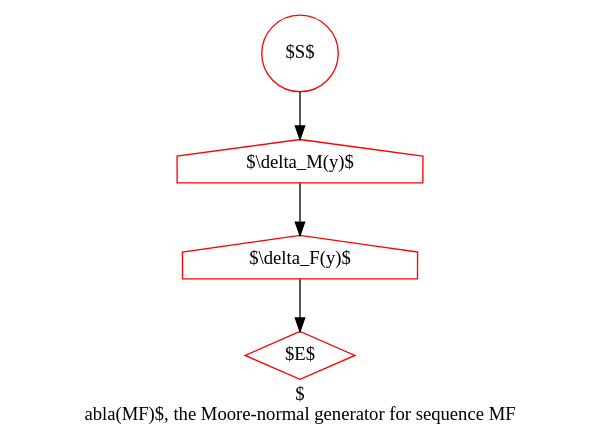
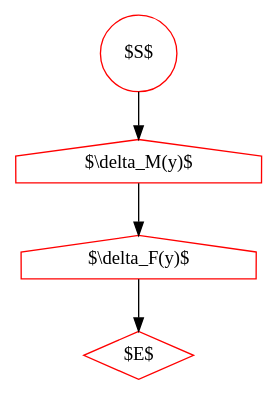
The diagram in moore-mf-generator.dot (ihh/transducer-tutorial), drawn with Graphviz before and after one commit. The commit also changed 35 other files, not shown here.

Commit message:
Moving to automatic generation of state diagrams

```diff
--- a/moore-mf-generator.dot
+++ b/moore-mf-generator.dot
@@ -1,11 +1,11 @@
 digraph G {
     S [label="$S$", shape=circle, color=red];
     E [label="$E$", shape=diamond, color=red];
 
     I1 [label="$\\delta_M(y)$", shape=house, color=red];
     I2 [label="$\\delta_F(y)$", shape=house, color=red];
 
 S->I1->I2->E;
 
-    label="$\nabla(MF)$, the Moore-normal generator for sequence MF";
+
 }
```
